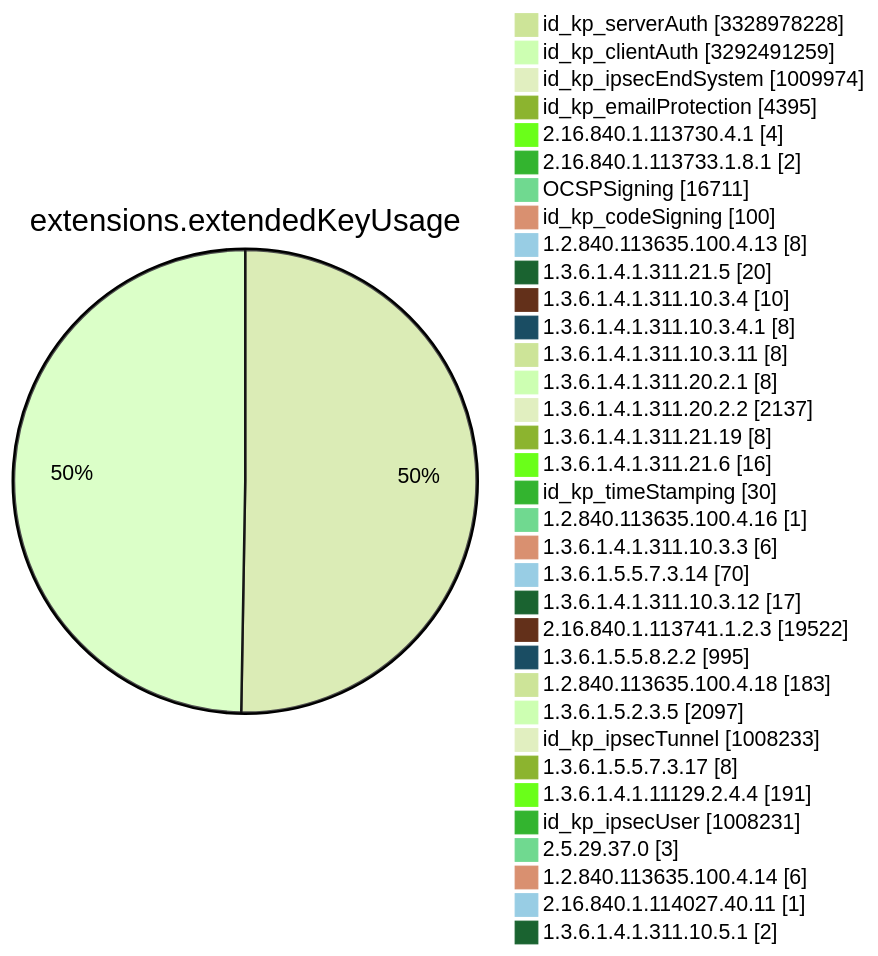
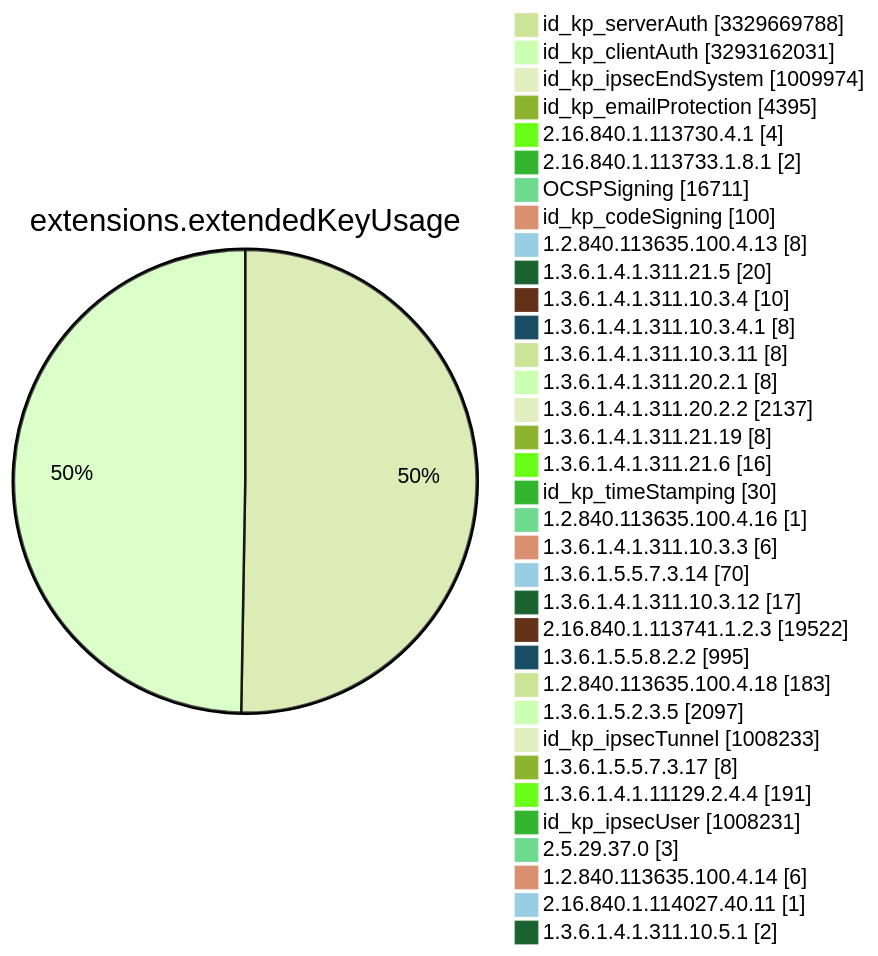
Diagram 11 of 15 in TOTAL/README.md (christiankrug/ctmonitor_visualization), drawn with Mermaid (forest theme) before and after one commit. The commit also changed other lines of this file, not shown here.

````diff
--- a/TOTAL/README.md
+++ b/TOTAL/README.md
@@ -4120,38 +4120,38 @@
 ```mermaid
 pie showData
 title extensions.extendedKeyUsage
-"id_kp_serverAuth" :3328978228
-"id_kp_clientAuth" :3292491259
+"id_kp_serverAuth" :3329669788
+"id_kp_clientAuth" :3293162031
 "id_kp_ipsecEndSystem" :1009974
 "id_kp_emailProtection" :4395
 "2.16.840.1.113730.4.1" :4
 "2.16.840.1.113733.1.8.1" :2
 "OCSPSigning" :16711
 "id_kp_codeSigning" :100
 "1.2.840.113635.100.4.13" :8
 "1.3.6.1.4.1.311.21.5" :20
 "1.3.6.1.4.1.311.10.3.4" :10
 "1.3.6.1.4.1.311.10.3.4.1" :8
 "1.3.6.1.4.1.311.10.3.11" :8
 "1.3.6.1.4.1.311.20.2.1" :8
 "1.3.6.1.4.1.311.20.2.2" :2137
 "1.3.6.1.4.1.311.21.19" :8
 "1.3.6.1.4.1.311.21.6" :16
 "id_kp_timeStamping" :30
 "1.2.840.113635.100.4.16" :1
 "1.3.6.1.4.1.311.10.3.3" :6
 "1.3.6.1.5.5.7.3.14" :70
 "1.3.6.1.4.1.311.10.3.12" :17
 "2.16.840.1.113741.1.2.3" :19522
 "1.3.6.1.5.5.8.2.2" :995
 "1.2.840.113635.100.4.18" :183
 "1.3.6.1.5.2.3.5" :2097
 "id_kp_ipsecTunnel" :1008233
 "1.3.6.1.5.5.7.3.17" :8
 "1.3.6.1.4.1.11129.2.4.4" :191
 "id_kp_ipsecUser" :1008231
 "2.5.29.37.0" :3
 "1.2.840.113635.100.4.14" :6
 "2.16.840.1.114027.40.11" :1
 "1.3.6.1.4.1.311.10.5.1" :2
 ```
````
